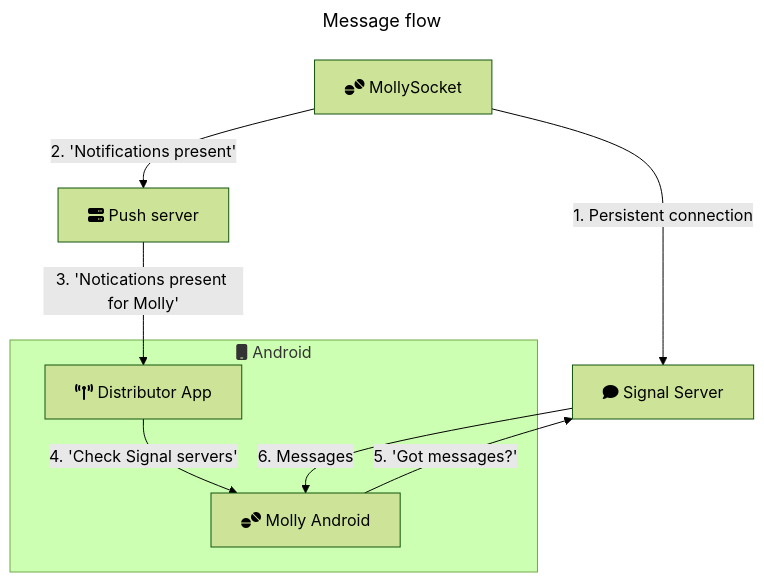
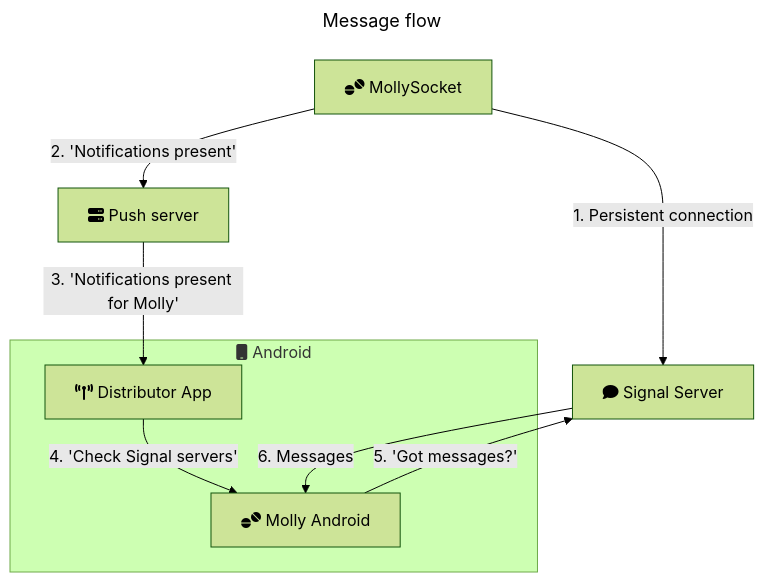
Before and after one commit to mollyim/mollysocket: the diagram in README.md, drawn with Mermaid (forest theme).

Commit message:
Fix Overview mermaid graph
* Fix 1., 2., 3., ... being interpreted as lists which results in "Unsupported markdown: list" errors by adding "ZERO WIDTH SPACE" before
* Fix typo

````diff
--- a/README.md
+++ b/README.md
@@ -7,20 +7,20 @@
 ```mermaid
 ---
 title: Message flow
 ---
 graph TD
     
     MS[fa:fa-tablets MollySocket]
     S[fa:fa-comment Signal Server]
     P[fa:fa-server Push server]
     subgraph "fa:fa-mobile Android"
         D[fa:fa-tower-broadcast Distributor App]
         MA[fa:fa-tablets Molly Android]
     end
-    MS -- 1. Persistent connection --> S
-    MS -- 2. 'Notifications present' --> P
-    P -- 3. 'Notications present for Molly' --> D
-    D -- 4. 'Check Signal servers' --> MA
-    MA -- 5. 'Got messages?' --> S
-    S -- 6. Messages --> MA
+    MS -- #8203;1. Persistent connection --> S
+    MS -- #8203;2. 'Notifications present' --> P
+    P -- #8203;3. 'Notifications present for Molly' --> D
+    D -- #8203;4. 'Check Signal servers' --> MA
+    MA -- #8203;5. 'Got messages?' --> S
+    S -- #8203;6. Messages --> MA
 ```
````
